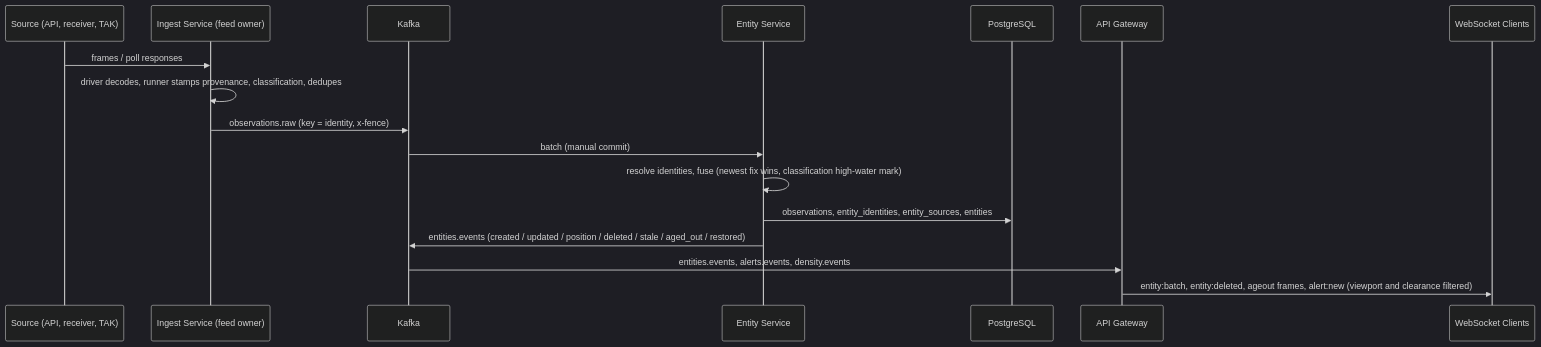
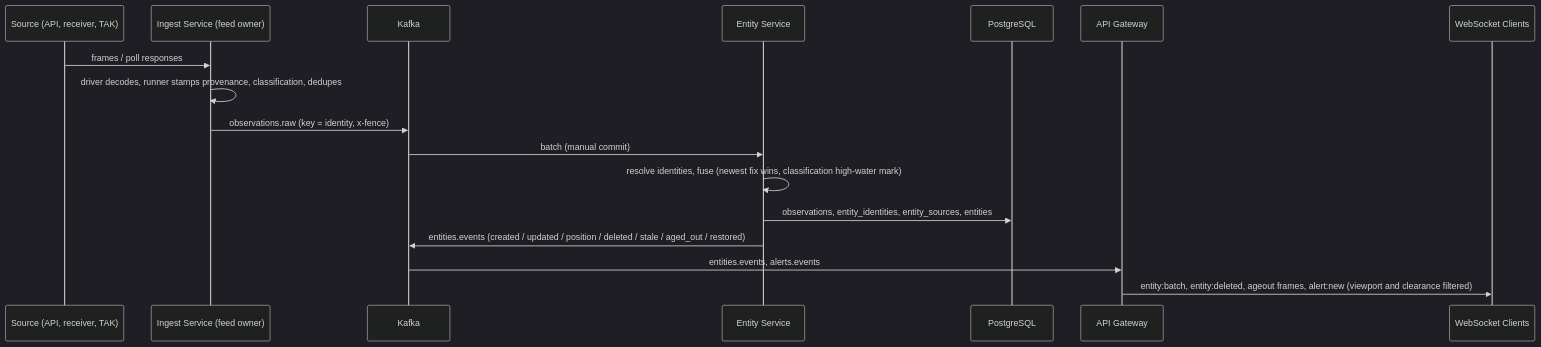
The second of 3 diagrams in docs/architecture.md (msbolton/sentinel), drawn with Mermaid (dark theme) before and after one commit. The commit also changed other lines of this file and 7 other files, not shown here.

````diff
--- a/docs/architecture.md
+++ b/docs/architecture.md
@@ -112,20 +110,20 @@
 ```mermaid
 sequenceDiagram
     participant SRC as Source (API, receiver, TAK)
     participant IS as Ingest Service (feed owner)
     participant KF as Kafka
     participant ES as Entity Service
     participant PG as PostgreSQL
     participant GW as API Gateway
     participant WS as WebSocket Clients
 
     SRC->>IS: frames / poll responses
     IS->>IS: driver decodes, runner stamps provenance, classification, dedupes
     IS->>KF: observations.raw (key = identity, x-fence)
     KF->>ES: batch (manual commit)
     ES->>ES: resolve identities, fuse (newest fix wins, classification high-water mark)
     ES->>PG: observations, entity_identities, entity_sources, entities
     ES->>KF: entities.events (created / updated / position / deleted / stale / aged_out / restored)
-    KF->>GW: entities.events, alerts.events, density.events
+    KF->>GW: entities.events, alerts.events
     GW->>WS: entity:batch, entity:deleted, ageout frames, alert:new (viewport and clearance filtered)
 ```
````
